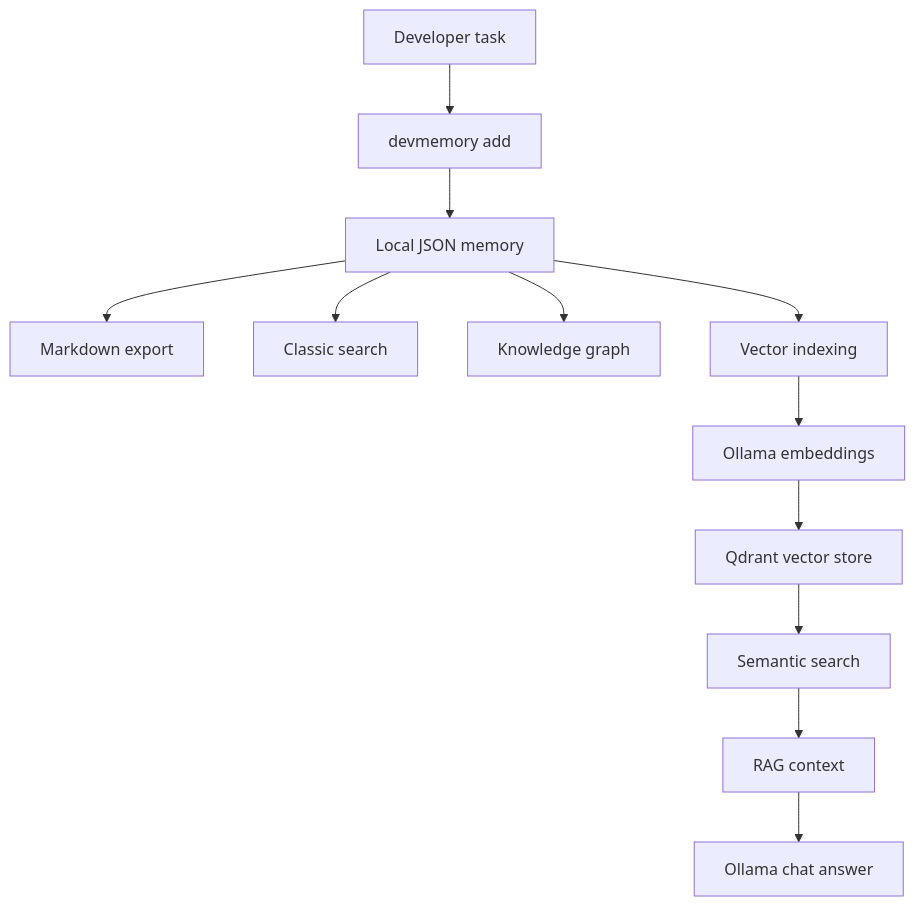
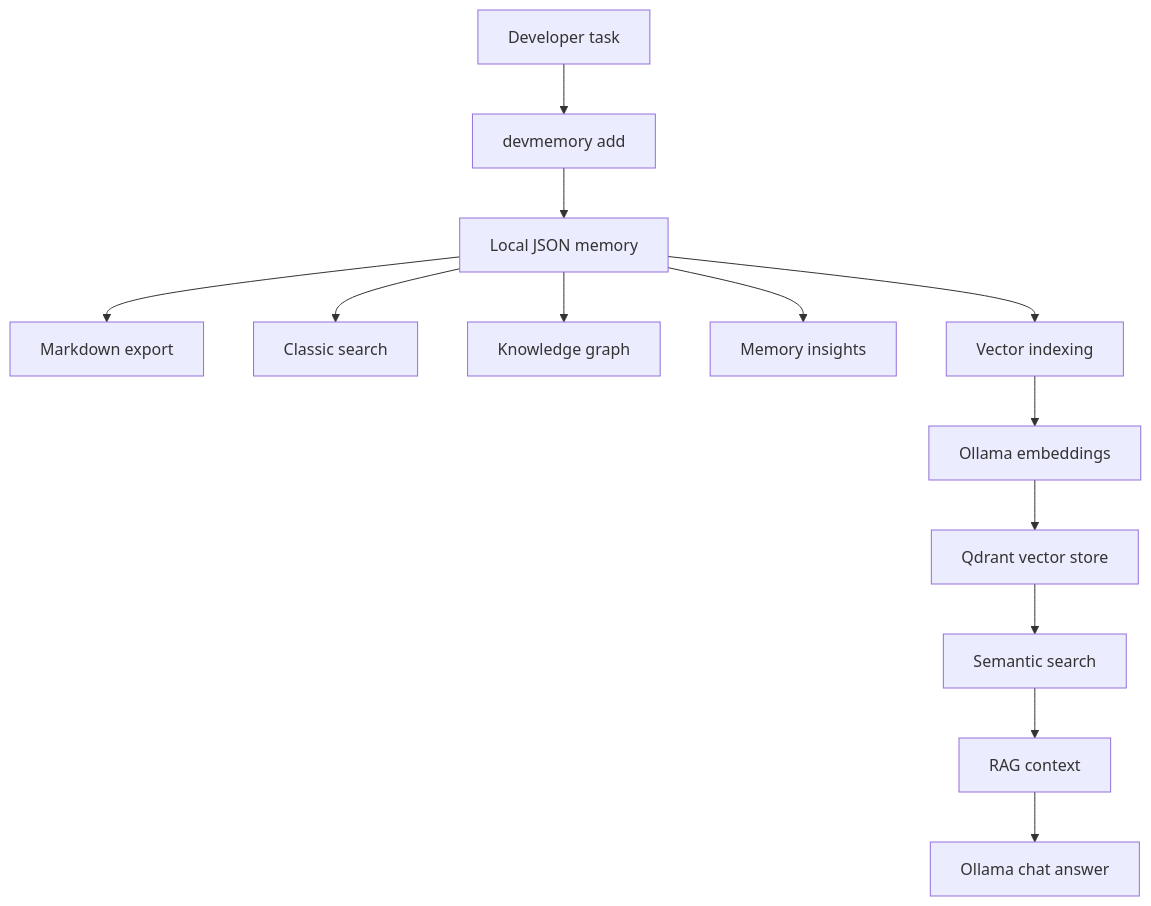
Before and after one commit to FilippoGaravaglia/DevMemory: the first of 5 diagrams in README.md, drawn with Mermaid. The commit also changed other lines of this file and 10 other files, not shown here.

Commit message:
Add memory insights command

````diff
--- a/README.md
+++ b/README.md
@@ -297,14 +301,15 @@
 ```mermaid
 flowchart TD
     A[Developer task] --> B[devmemory add]
     B --> C[Local JSON memory]
     C --> D[Markdown export]
     C --> E[Classic search]
     C --> F[Knowledge graph]
+    C --> M[Memory insights]
     C --> G[Vector indexing]
     G --> H[Ollama embeddings]
     H --> I[Qdrant vector store]
     I --> J[Semantic search]
     J --> K[RAG context]
     K --> L[Ollama chat answer]
 ```
````
